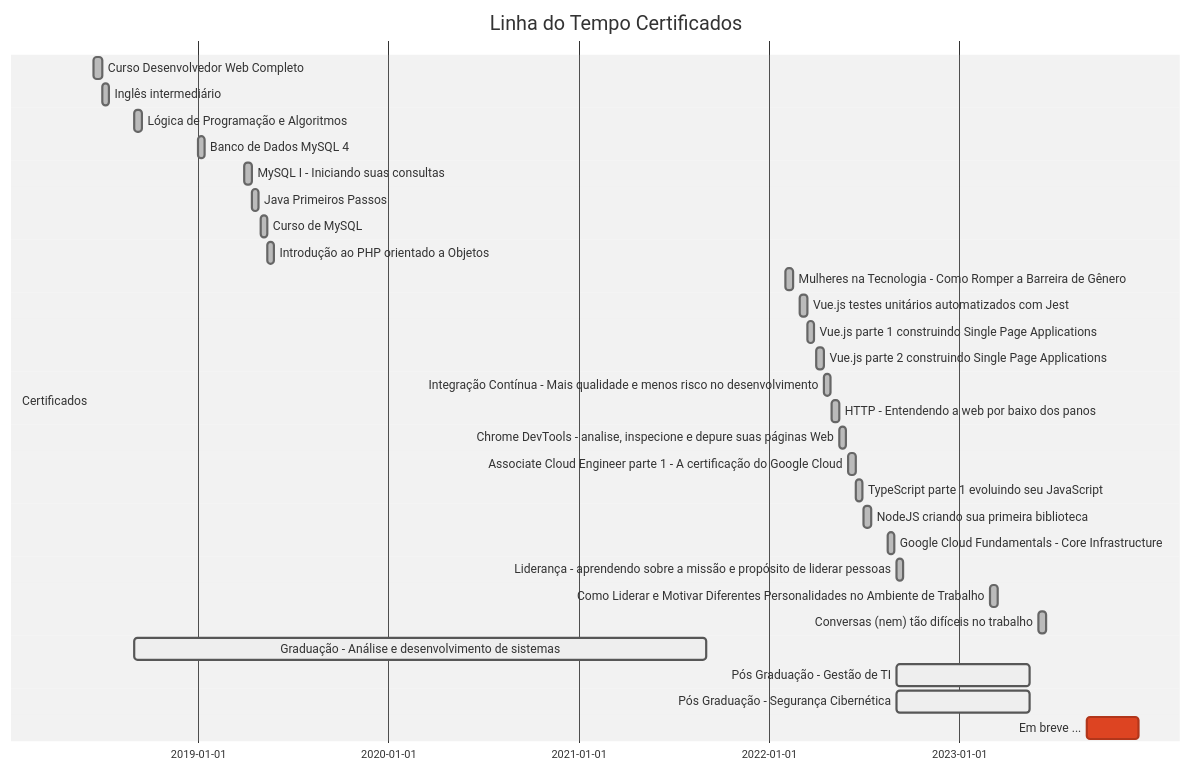
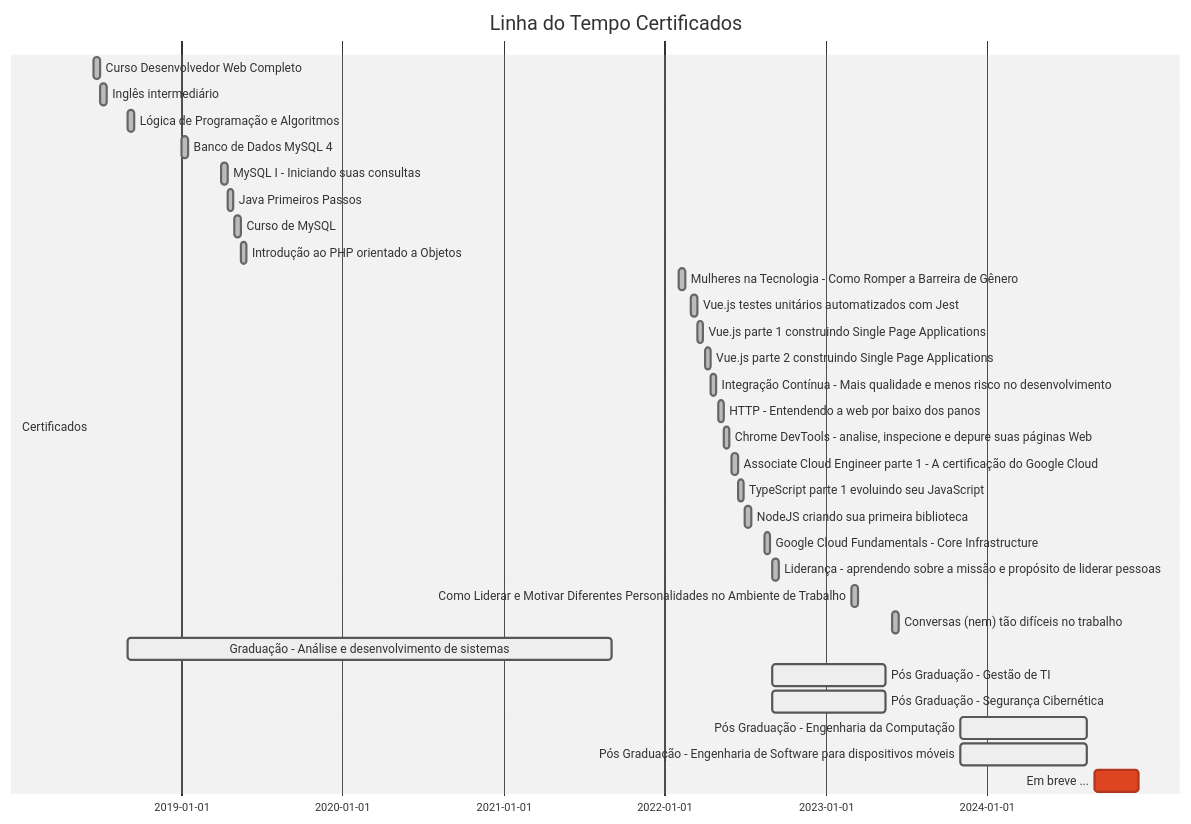
Before and after one commit to StefanyRepetcki/Certificates: the diagram in README.md, drawn with Mermaid (neutral theme).

````diff
--- a/README.md
+++ b/README.md
@@ -29,35 +29,37 @@
 ```mermaid
 
 gantt
     title Linha do Tempo Certificados
     dateFormat  YYYY-MM-DD
     axisFormat  %Y-%m-%d
     
     section Certificados    
     Curso Desenvolvedor Web Completo :done,    des1, 2018-06-15, 2018-07-01
     Inglês intermediário :done,    des2, 2018-07-01, 2018-07-15
     Lógica de Programação e Algoritmos :done,    des3, 2018-09-01, 2018-09-15
     Banco de Dados MySQL 4 :done,  des4, 2019-01-01, 2019-01-15
     MySQL I - Iniciando suas consultas :done,         des5, 2019-04-01, 2019-04-15
     Java Primeiros Passos :done,       des6, 2019-04-15, 2019-04-28
     Curso de MySQL :done, des7, 2019-05-01, 2019-05-15
     Introdução ao PHP orientado a Objetos  :done, des8, 2019-05-15, 2019-05-28
     Mulheres na Tecnologia - Como Romper a Barreira de Gênero :done, des9, 2022-02-01, 2022-02-15
     Vue.js testes unitários automatizados com Jest :done, des10, 2022-03-01, 2022-03-15
     Vue.js parte 1 construindo Single Page Applications :done, des11, 2022-03-15, 2022-03-28
     Vue.js parte 2 construindo Single Page Applications :done, des12, 2022-04-01, 2022-04-15
     Integração Contínua - Mais qualidade e menos risco no desenvolvimento :done, des13, 2022-04-15, 2022-04-28
     HTTP - Entendendo a web por baixo dos panos :done, des14, 2022-05-01, 2022-05-15
     Chrome DevTools - analise, inspecione e depure suas páginas Web :done, des15, 2022-05-15, 2022-05-28
     Associate Cloud Engineer parte 1 - A certificação do Google Cloud :done, des16, 2022-06-01, 2022-06-15
     TypeScript parte 1 evoluindo seu JavaScript :done, des17, 2022-06-15, 2022-06-28
     NodeJS criando sua primeira biblioteca :done, des18, 2022-07-01, 2022-07-15
     Google Cloud Fundamentals - Core Infrastructure :done, des19, 2022-08-15, 2022-08-28
     Liderança - aprendendo sobre a missão e propósito de liderar pessoas :done, des20, 2022-09-01, 2022-09-15
     Como Liderar e Motivar Diferentes Personalidades no Ambiente de Trabalho :done, des21, 2023-03-01, 2023-03-15
     Conversas (nem) tão difíceis no trabalho :done, des22, 2023-06-01, 2023-06-15
     Graduação - Análise e desenvolvimento de sistemas :active, des23, 2018-09-01, 2021-09-01
     Pós Graduação - Gestão de TI :active, des24, 2022-09-01, 2023-05-15
     Pós Graduação - Segurança Cibernética :active, des25, 2022-09-01, 2023-05-15
-    Em breve ... :crit,  des26, 2023-09-01, 2023-12-10
+    Pós Graduação - Engenharia da Computação :active, des26, 2023-11-01, 2024-08-15
+    Pós Graduação - Engenharia de Software para dispositivos móveis :active, des27, 2023-11-01, 2024-08-15
+    Em breve ... :crit,  des26, 2024-09-01, 2024-12-10
 ```
````
